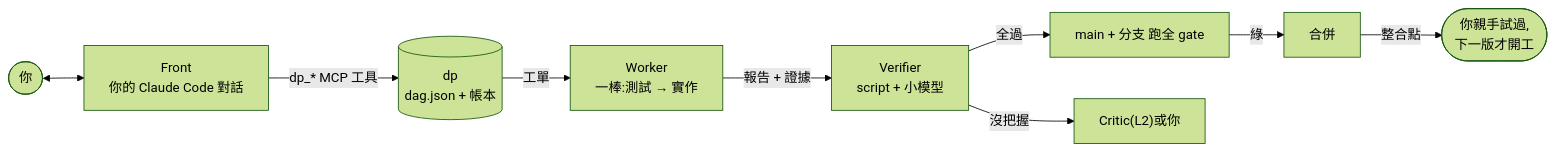
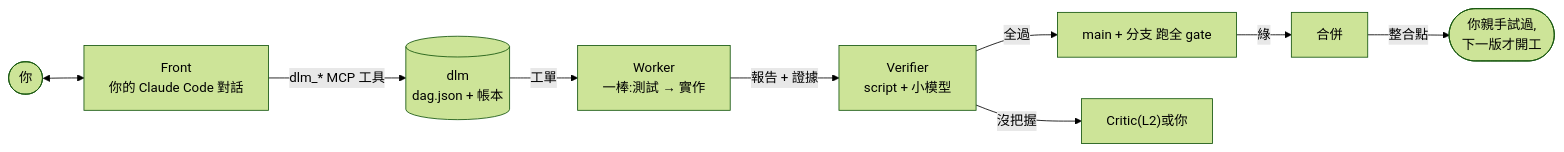
One commit to pollux0971/dev-loop-mcp changed the diagram in README-zh.md. Above: the diagram before and after it, drawn with Mermaid (forest theme). The commit also changed other lines of this file and 100 other files, not shown here.

````diff
--- a/README-zh.md
+++ b/README-zh.md
@@ -50,11 +51,11 @@
 ```mermaid
 flowchart LR
   you([你]) <--> front["Front<br/>你的 Claude Code 對話"]
-  front -- "dp_* MCP 工具" --> dp[("dp<br/>dag.json + 帳本")]
-  dp -- "工單" --> w["Worker<br/>一棒:測試 → 實作"]
+  front -- "dlm_* MCP 工具" --> dlm[("dlm<br/>dag.json + 帳本")]
+  dlm -- "工單" --> w["Worker<br/>一棒:測試 → 實作"]
   w -- "報告 + 證據" --> v["Verifier<br/>script + 小模型"]
   v -- "全過" --> g["main + 分支 跑全 gate"]
   g -- "綠" --> m["合併"]
   v -- "沒把握" --> c["Critic(L2)或你"]
   m -- "整合點" --> try(["你親手試過,<br/>下一版才開工"])
 ```
````
